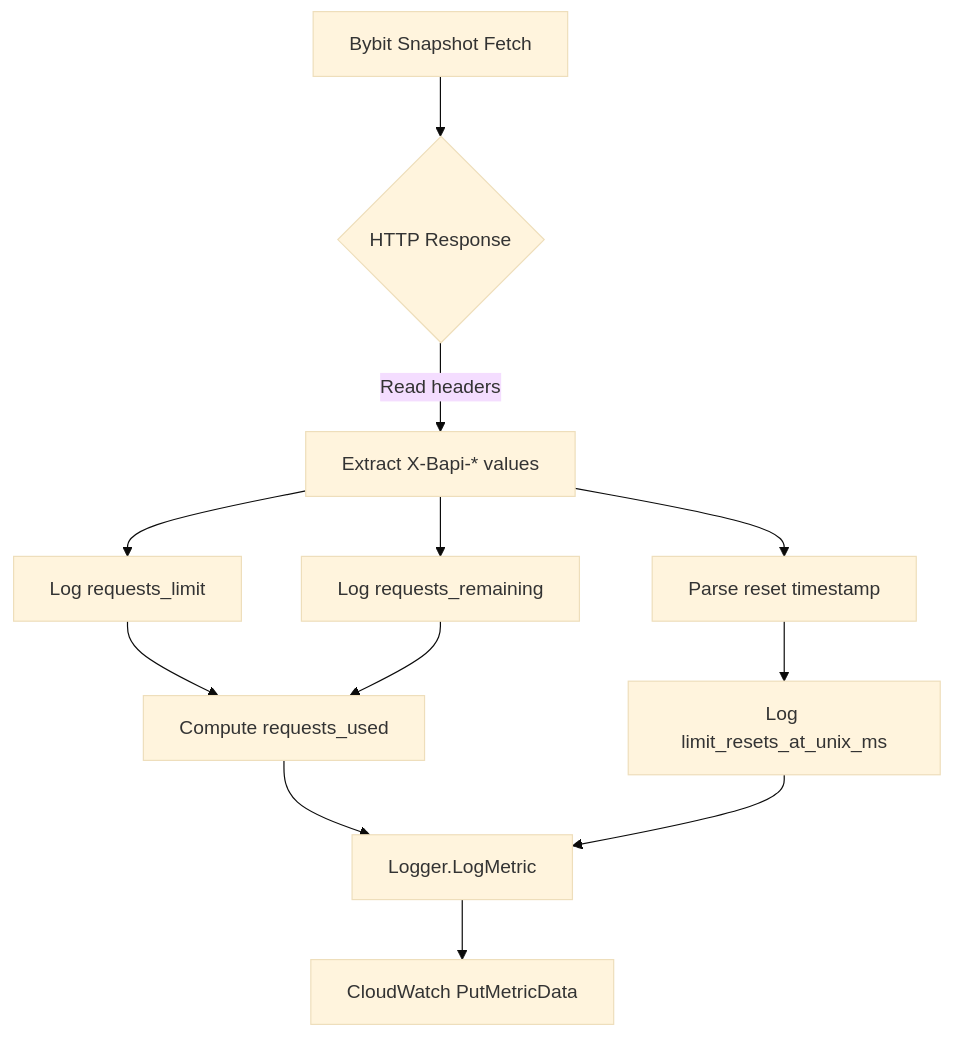
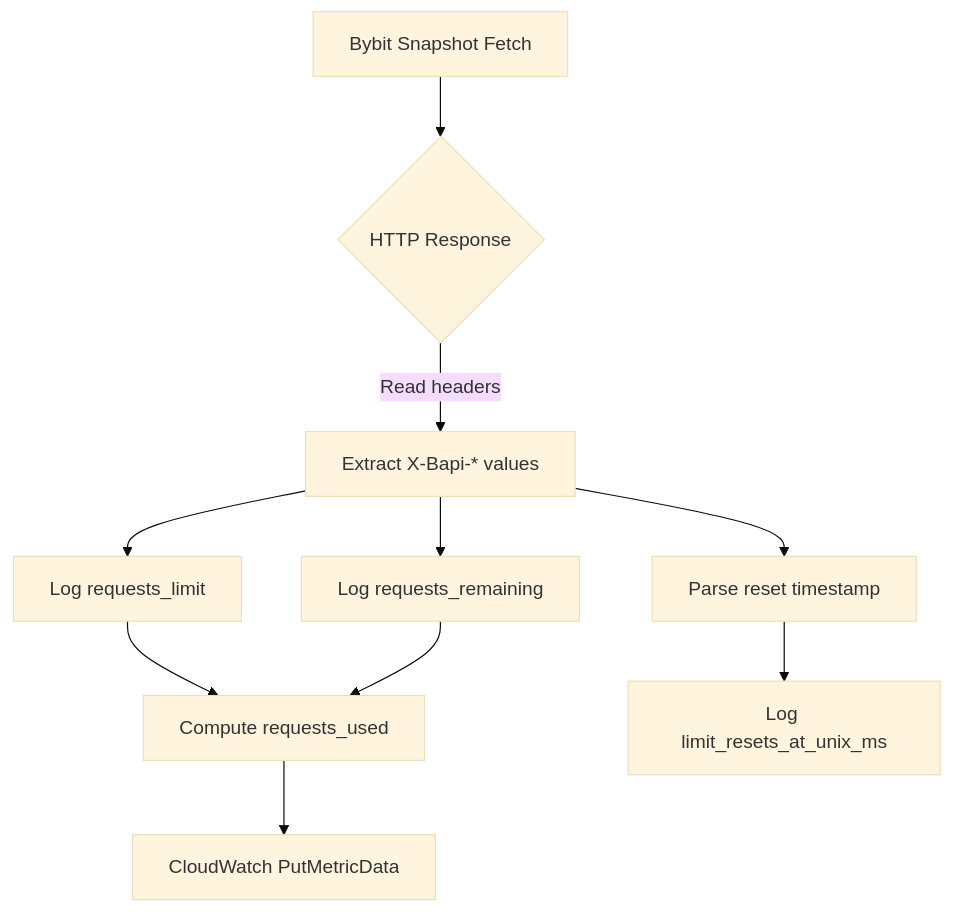
Before and after one commit to rahjooh/CryptoTrade: the diagram in docs/metric/bybit/used_weight.md, drawn with Mermaid (base theme). The commit also changed 8 other files, not shown here.

````diff
--- a/docs/metric/bybit/used_weight.md
+++ b/docs/metric/bybit/used_weight.md
@@ -26,14 +26,12 @@
 ```mermaid
 flowchart TD
     A[Bybit Snapshot Fetch] --> B{HTTP Response}
     B -->|Read headers| C[Extract X-Bapi-* values]
     C --> D[Log requests_limit]
     C --> E[Log requests_remaining]
     D --> F[Compute requests_used]
     E --> F
     C --> G[Parse reset timestamp]
     G --> H[Log limit_resets_at_unix_ms]
-    F --> I[Logger.LogMetric]
-    H --> I
-    I --> J[CloudWatch PutMetricData]
+    F --> J[CloudWatch PutMetricData]
 ```
````
